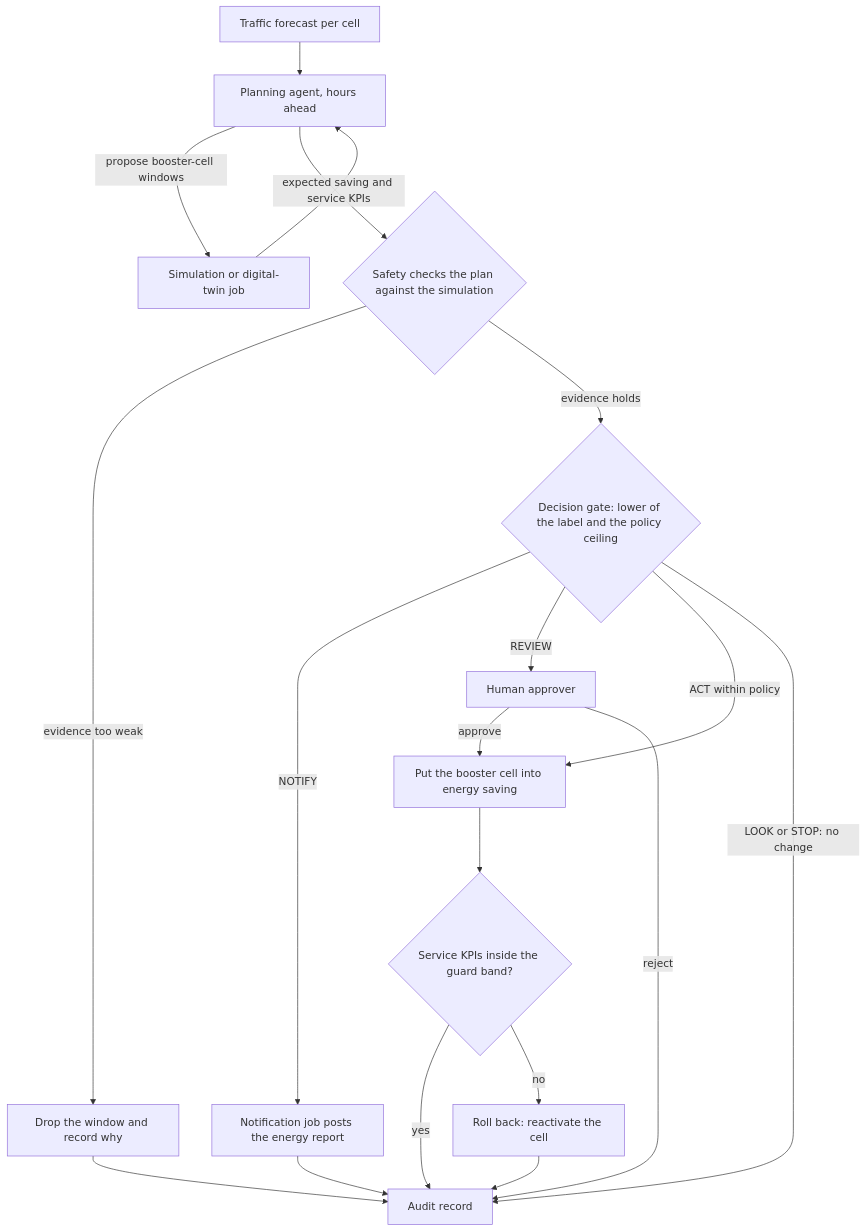
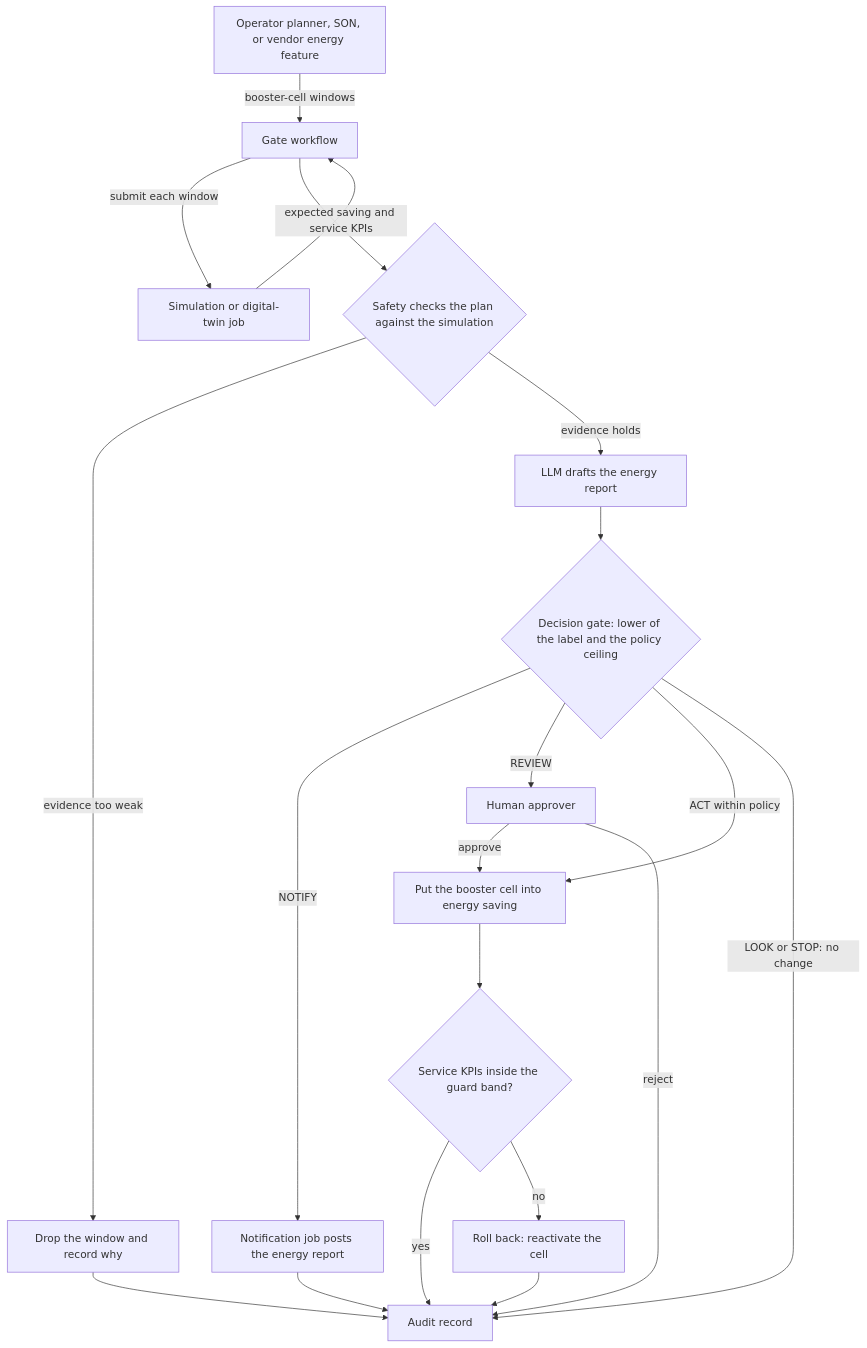
Before and after one commit to ravisharma5/otel-telco-blueprints: the diagram in catalog/network-operations/ran-energy-saving/README.md, drawn with Mermaid. The commit also changed other lines of this file and 3 other files, not shown here.

First line of the commit message:
docs(catalog): reframe energy saving around your planner's windows

````diff
--- a/catalog/network-operations/ran-energy-saving/README.md
+++ b/catalog/network-operations/ran-energy-saving/README.md
@@ -65,21 +65,22 @@
 ```mermaid
 flowchart TD
-  FC["Traffic forecast per cell"] --> AG["Planning agent, hours ahead"]
-  AG -- "propose booster-cell windows" --> SM["Simulation or digital-twin job"]
-  SM -- "expected saving and service KPIs" --> AG
-  AG --> SF{"Safety checks the plan against the simulation"}
+  PL["Operator planner, SON, or vendor energy feature"] -- "booster-cell windows" --> GW["Gate workflow"]
+  GW -- "submit each window" --> SM["Simulation or digital-twin job"]
+  SM -- "expected saving and service KPIs" --> GW
+  GW --> SF{"Safety checks the plan against the simulation"}
   SF -- "evidence too weak" --> DR["Drop the window and record why"]
-  SF -- "evidence holds" --> DG{"Decision gate: lower of the label and the policy ceiling"}
+  SF -- "evidence holds" --> ER["LLM drafts the energy report"]
+  ER --> DG{"Decision gate: lower of the label and the policy ceiling"}
   DG -- "NOTIFY" --> NJ["Notification job posts the energy report"]
   DG -- "REVIEW" --> HA["Human approver"]
   DG -- "ACT within policy" --> RUN["Put the booster cell into energy saving"]
   HA -- "approve" --> RUN
   HA -- "reject" --> AU["Audit record"]
   DG -- "LOOK or STOP: no change" --> AU
   RUN --> VR{"Service KPIs inside the guard band?"}
   VR -- "yes" --> AU
   VR -- "no" --> RB["Roll back: reactivate the cell"]
   RB --> AU
   DR --> AU
   NJ --> AU
 ```
````
